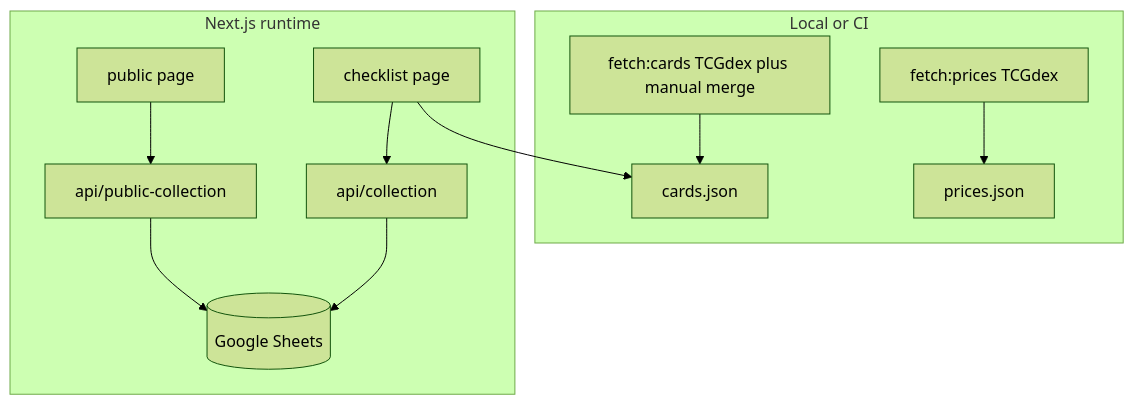
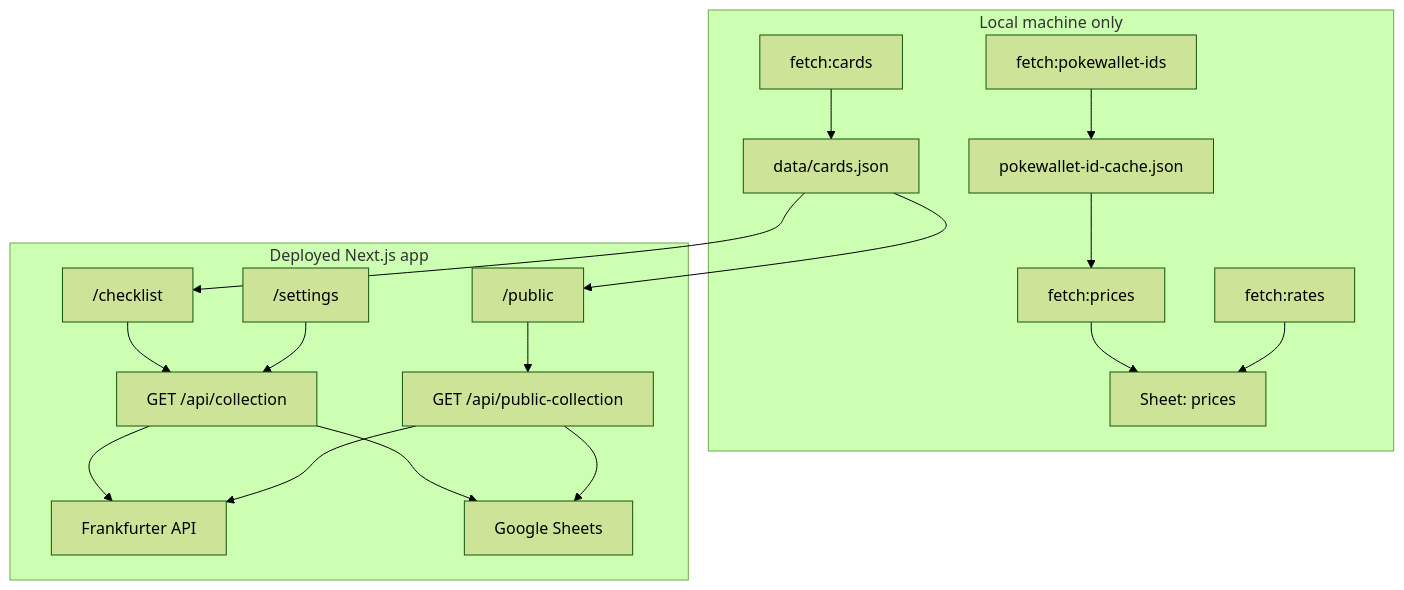
One commit to VortexRealms/eevee-tracxker changed the diagram in README.md. Above: the diagram before and after it, drawn with Mermaid (forest theme). The commit also changed other lines of this file and 49 other files, not shown here.

First line of the commit message:
Move pricing to Google Sheets with Pokewallet pipeline and UI polish.

````diff
--- a/README.md
+++ b/README.md
@@ -43,21 +93,33 @@
 ```mermaid
 flowchart TB
-  subgraph dev [Local or CI]
-    fetchCards[fetch:cards TCGdex plus manual merge]
-    fetchPrices[fetch:prices TCGdex]
-    fetchCards --> cardsJson[cards.json]
-    fetchPrices --> pricesJson[prices.json]
+  subgraph local [Local machine only]
+    fetchCards["fetch:cards"]
+    fetchIds["fetch:pokewallet-ids"]
+    fetchPrices["fetch:prices"]
+    fetchRates["fetch:rates"]
+    fetchCards --> cardsJson["data/cards.json"]
+    fetchIds --> cacheJson["pokewallet-id-cache.json"]
+    cacheJson --> fetchPrices
+    fetchPrices --> pricesTab["Sheet: prices"]
+    fetchRates --> pricesTab
   end
-  subgraph runtime [Next.js runtime]
-    checklist[checklist page]
-    publicPage[public page]
-    apiColl[api/collection]
-    apiPub[api/public-collection]
-    sheets[(Google Sheets)]
-    checklist --> apiColl
-    checklist --> cardsJson
-    apiColl --> sheets
-    publicPage --> apiPub
-    apiPub --> sheets
+
+  subgraph runtime [Deployed Next.js app]
+    checklist["/checklist"]
+    settings["/settings"]
+    publicPage["/public"]
+    apiAuth["GET /api/collection"]
+    apiPublic["GET /api/public-collection"]
+    frankfurter["Frankfurter API"]
+    sheets["Google Sheets"]
+    cardsJson --> checklist
+    cardsJson --> publicPage
+    checklist --> apiAuth
+    publicPage --> apiPublic
+    settings --> apiAuth
+    apiAuth --> sheets
+    apiPublic --> sheets
+    apiAuth --> frankfurter
+    apiPublic --> frankfurter
   end
 ```
````
